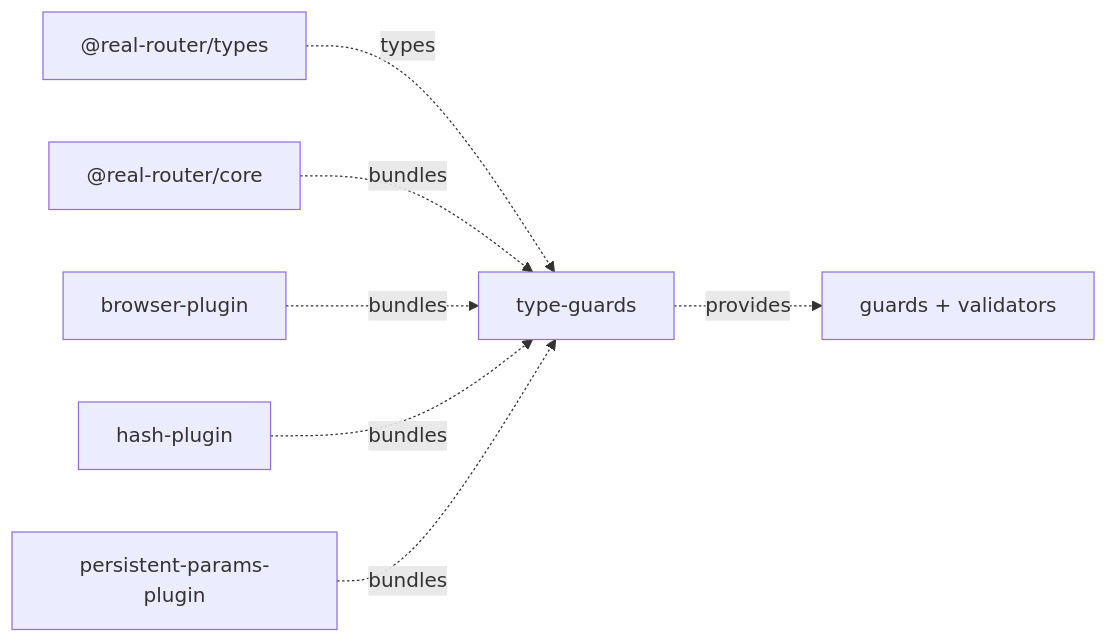
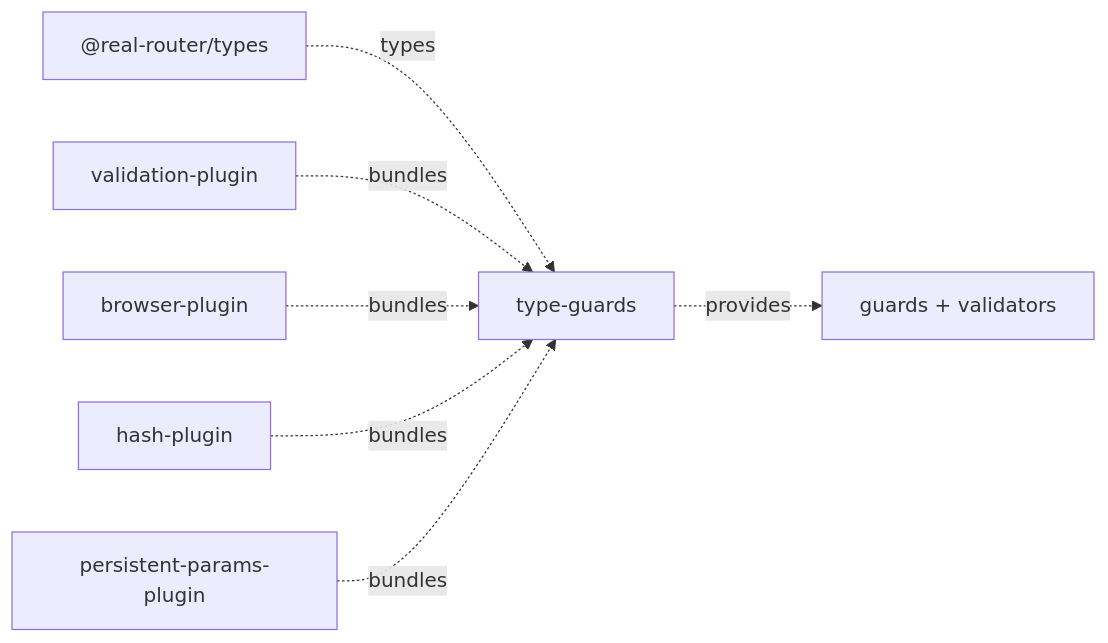
The diagram in packages/type-guards/ARCHITECTURE.md (greydragon888/real-router), drawn with Mermaid before and after one commit. The commit also changed other lines of this file and 6 other files, not shown here.

````diff
--- a/packages/type-guards/ARCHITECTURE.md
+++ b/packages/type-guards/ARCHITECTURE.md
@@ -44,11 +44,11 @@
 ```mermaid
 graph LR
     TYPES["@real-router/types"] -.->|types| TG[type-guards]
 
     TG -.->|provides| GUARDS[guards + validators]
 
-    CORE["@real-router/core"] -.->|bundles| TG
+    VP["validation-plugin"] -.->|bundles| TG
     BP["browser-plugin"] -.->|bundles| TG
     HP["hash-plugin"] -.->|bundles| TG
     PP["persistent-params-plugin"] -.->|bundles| TG
 ```
````
